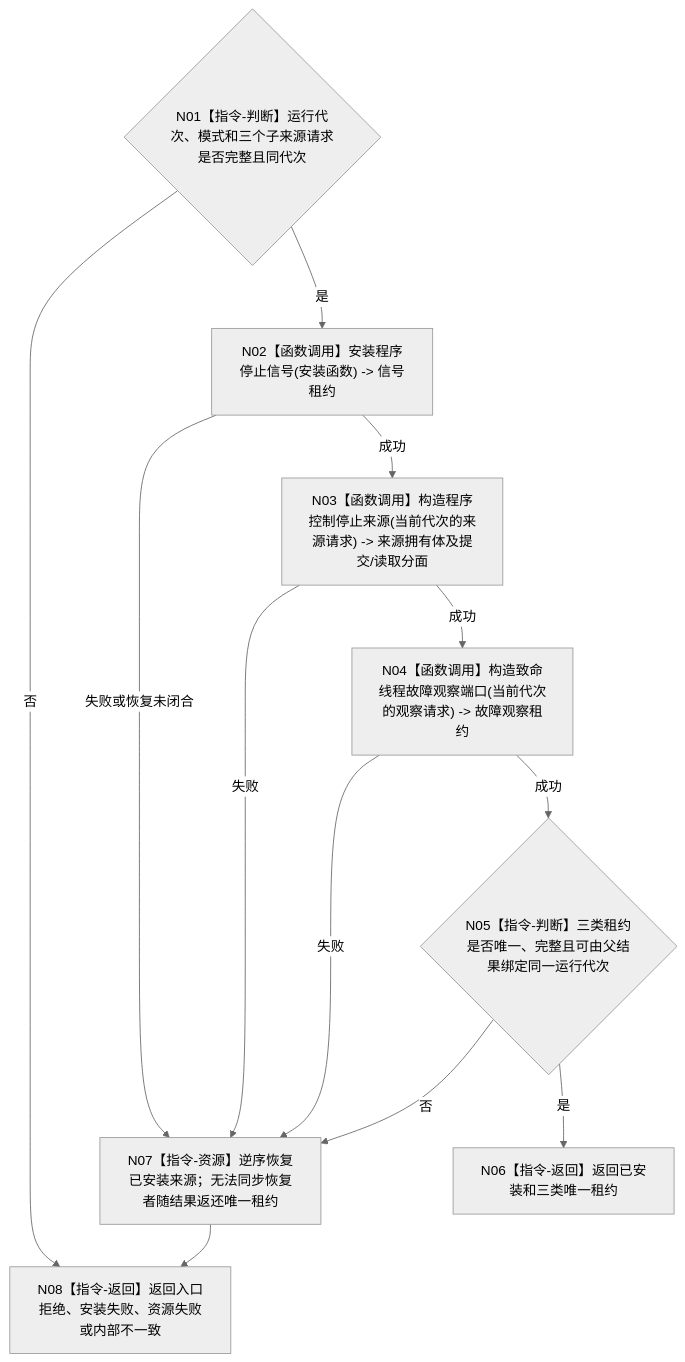
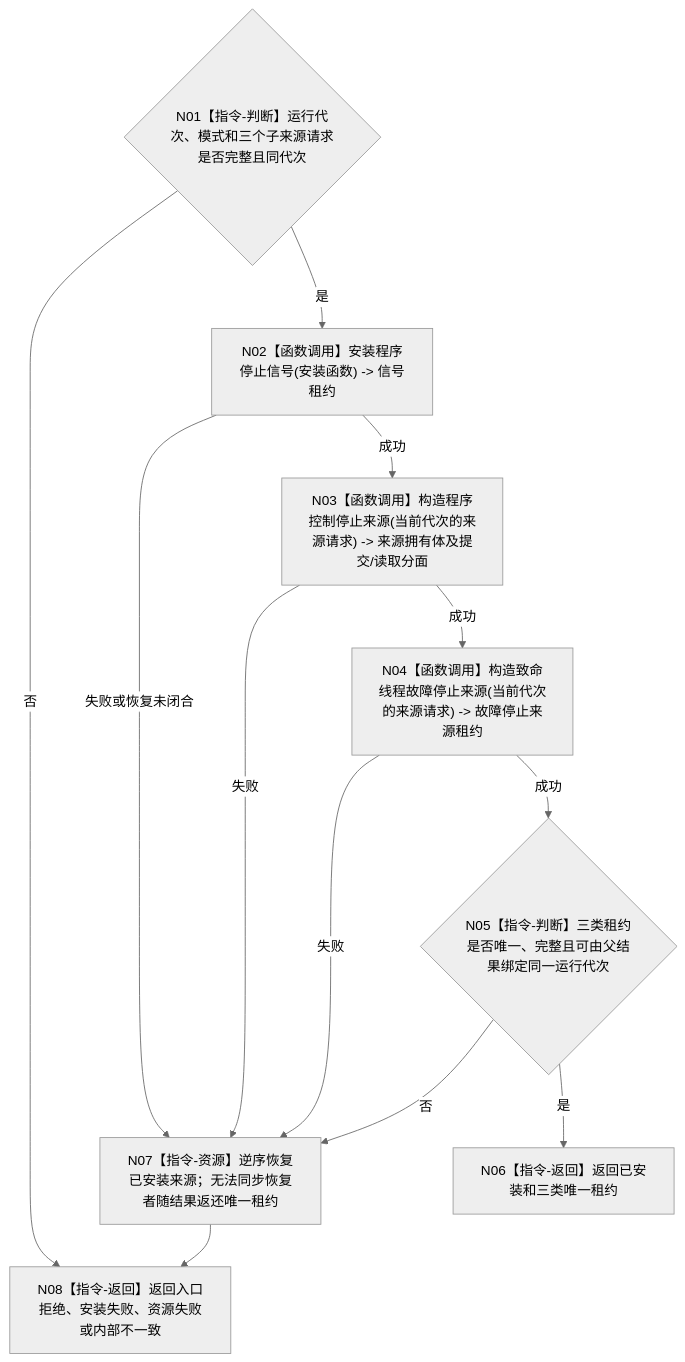
Before and after one commit to chunhaizh-cyber/HY-Ego: the diagram in 流程图/目标业务流程图/L2/BIZ-L2-001-02_安装程序停止来源_目标函数流程图_v0.2.md, drawn with Mermaid (neutral theme). The commit also changed other lines of this file and 14 other files, not shown here.

````diff
--- a/流程图/目标业务流程图/L2/BIZ-L2-001-02_安装程序停止来源_目标函数流程图_v0.2.md
+++ b/流程图/目标业务流程图/L2/BIZ-L2-001-02_安装程序停止来源_目标函数流程图_v0.2.md
@@ -35,23 +35,23 @@
 ```mermaid
 flowchart TD
     N01{"N01【指令-判断】运行代次、模式和三个子来源请求是否完整且同代次"}
     N02["N02【函数调用】安装程序停止信号(安装函数) -> 信号租约"]
     N03["N03【函数调用】构造程序控制停止来源(当前代次的来源请求) -> 来源拥有体及提交/读取分面"]
-    N04["N04【函数调用】构造致命线程故障观察端口(当前代次的观察请求) -> 故障观察租约"]
+    N04["N04【函数调用】构造致命线程故障停止来源(当前代次的来源请求) -> 故障停止来源租约"]
     N05{"N05【指令-判断】三类租约是否唯一、完整且可由父结果绑定同一运行代次"}
     N06["N06【指令-返回】返回已安装和三类唯一租约"]
     N07["N07【指令-资源】逆序恢复已安装来源；无法同步恢复者随结果返还唯一租约"]
     N08["N08【指令-返回】返回入口拒绝、安装失败、资源失败或内部不一致"]
 
     N01 -->|否| N08
     N01 -->|是| N02
     N02 -->|失败或恢复未闭合| N07
     N02 -->|成功| N03
     N03 -->|失败| N07
     N03 -->|成功| N04
     N04 -->|失败| N07
     N04 -->|成功| N05
     N05 -->|否| N07
     N05 -->|是| N06
     N07 --> N08
 ```
````
